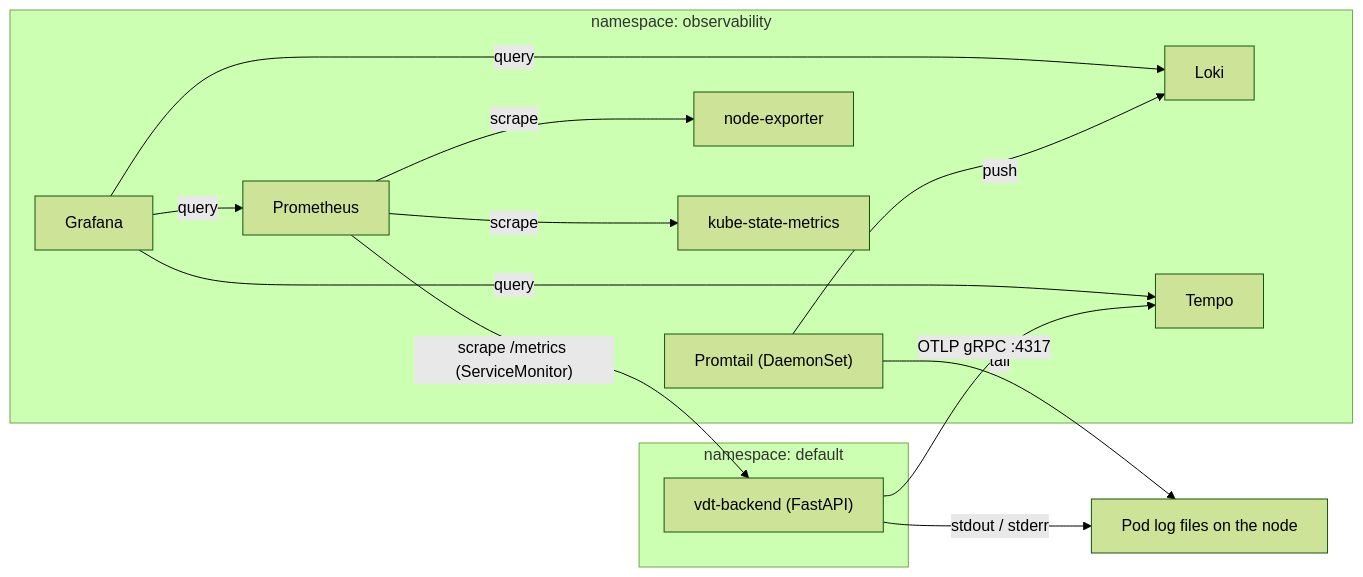
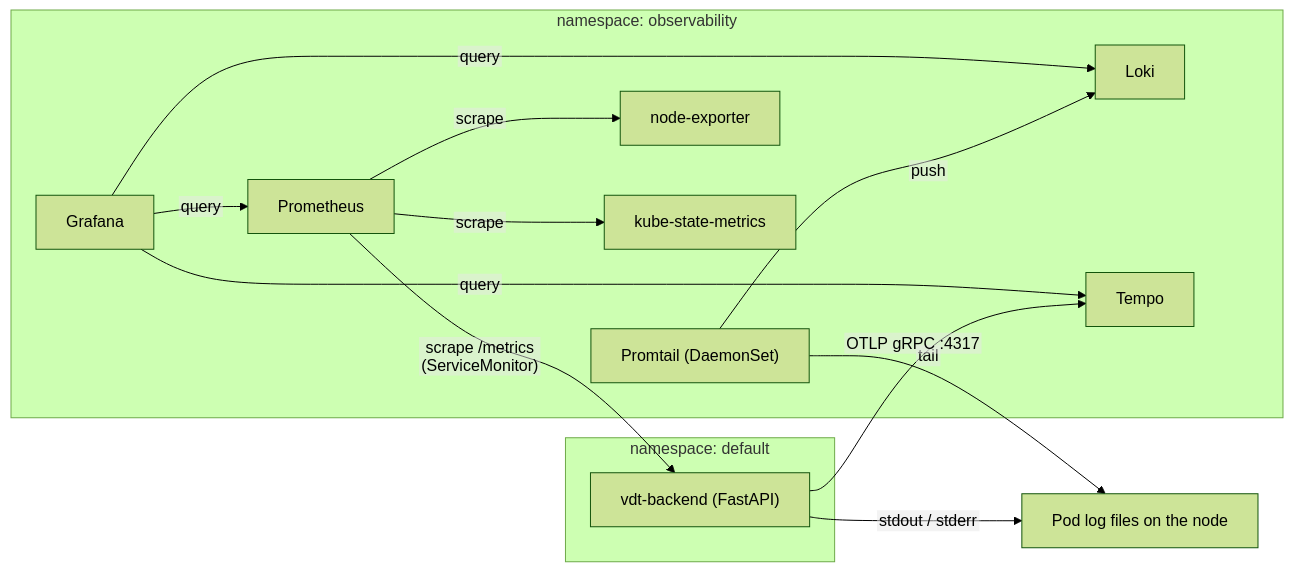
Before and after one commit to duyanh221204/vdt-devops: the diagram in docs/4-cloud-observability-setup.md, drawn with Mermaid (forest theme). The commit also changed 1 other file, not shown here.

Commit message:
fix: refactor diagrams for clearer quality

````diff
--- a/docs/4-cloud-observability-setup.md
+++ b/docs/4-cloud-observability-setup.md
@@ -30,27 +30,28 @@
 ```mermaid
+%%{init: {"flowchart": {"htmlLabels": false}}}%%
 flowchart LR
     subgraph nsApp ["namespace: default"]
         be["vdt-backend (FastAPI)"]
     end
     subgraph nsObs ["namespace: observability"]
         prom["Prometheus"]
         promtail["Promtail (DaemonSet)"]
         loki["Loki"]
         tempo["Tempo"]
         ne["node-exporter"]
         ksm["kube-state-metrics"]
         graf["Grafana"]
     end
     logs["Pod log files on the node"]
 
     prom -->|"scrape /metrics (ServiceMonitor)"| be
     prom -->|"scrape"| ne
     prom -->|"scrape"| ksm
     be -->|"stdout / stderr"| logs
     promtail -->|"tail"| logs
     promtail -->|"push"| loki
     be -->|"OTLP gRPC :4317"| tempo
     graf -->|"query"| prom
     graf -->|"query"| loki
     graf -->|"query"| tempo
 ```
````
